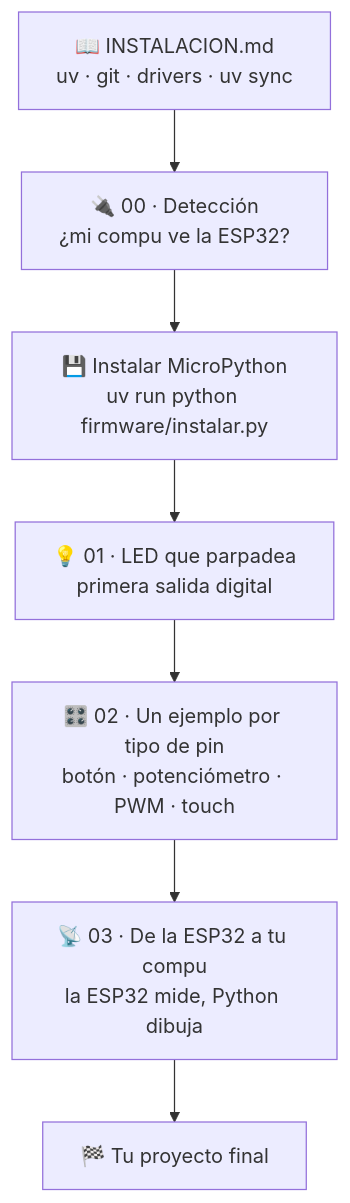
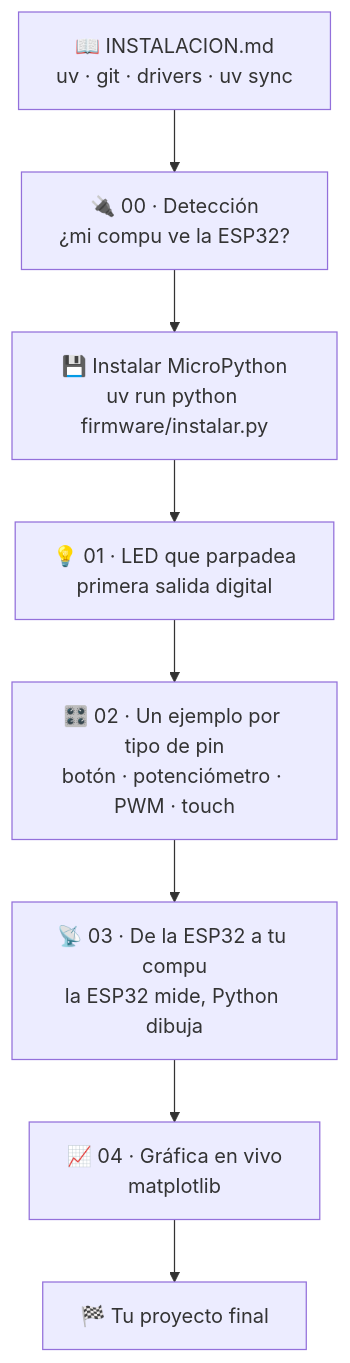
The second of 2 diagrams in README.md (strahlenguy/ESP32), drawn with Mermaid before and after one commit. The commit also changed other lines of this file and 5 other files, not shown here.

First line of the commit message:
Práctica 04: gráfica en vivo de los sensores touch con matplotlib

````diff
--- a/README.md
+++ b/README.md
@@ -30,10 +30,11 @@
 ```mermaid
 flowchart TD
     A["📖 INSTALACION.md<br/>uv · git · drivers · uv sync"] --> B
     B["🔌 00 · Detección<br/>¿mi compu ve la ESP32?"] --> F
     F["💾 Instalar MicroPython<br/>uv run python firmware/instalar.py"] --> C
     C["💡 01 · LED que parpadea<br/>primera salida digital"] --> D
     D["🎛️ 02 · Un ejemplo por tipo de pin<br/>botón · potenciómetro · PWM · touch"] --> E
-    E["📡 03 · De la ESP32 a tu compu<br/>la ESP32 mide, Python dibuja"] --> G
+    E["📡 03 · De la ESP32 a tu compu<br/>la ESP32 mide, Python dibuja"] --> H
+    H["📈 04 · Gráfica en vivo<br/>matplotlib"] --> G
     G["🏁 Tu proyecto final"]
 ```
````
